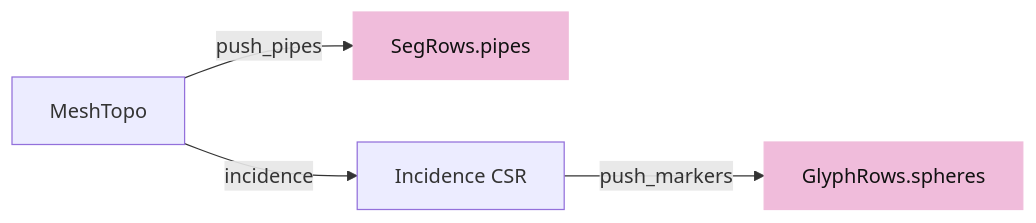
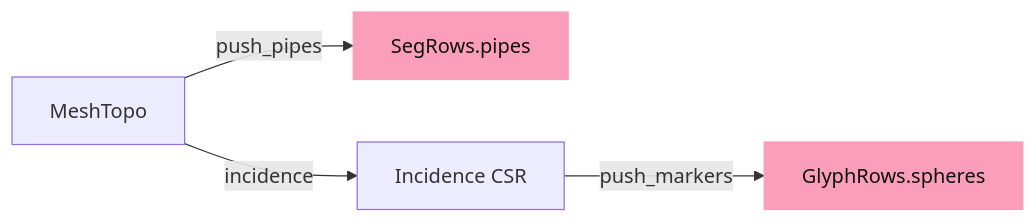
One commit to petrasvestartas/session changed the seventh of 14 diagrams in session_viewer/docs/06-cad-contract.md. Above: the diagram before and after it, drawn with Mermaid. The commit also changed other lines of this file and 328 other files, not shown here.

First line of the commit message:
Course: the palette you sent, and mermaid drawn like the drawings

````diff
--- a/session_viewer/docs/06-cad-contract.md
+++ b/session_viewer/docs/06-cad-contract.md
@@ -155,8 +155,8 @@
 ```mermaid
 flowchart LR
     T["MeshTopo"] -- "push_pipes" --> P["SegRows.pipes"]
     T -- "incidence" --> I["Incidence CSR"]
     I -- "push_markers" --> S["GlyphRows.spheres"]
-    style P fill:#f0bcdb,stroke:#f0bcdb,color:#111
-    style S fill:#f0bcdb,stroke:#f0bcdb,color:#111
+    style P fill:#fa9ebc,stroke:#fa9ebc,color:#111
+    style S fill:#fa9ebc,stroke:#fa9ebc,color:#111
 ```
````
